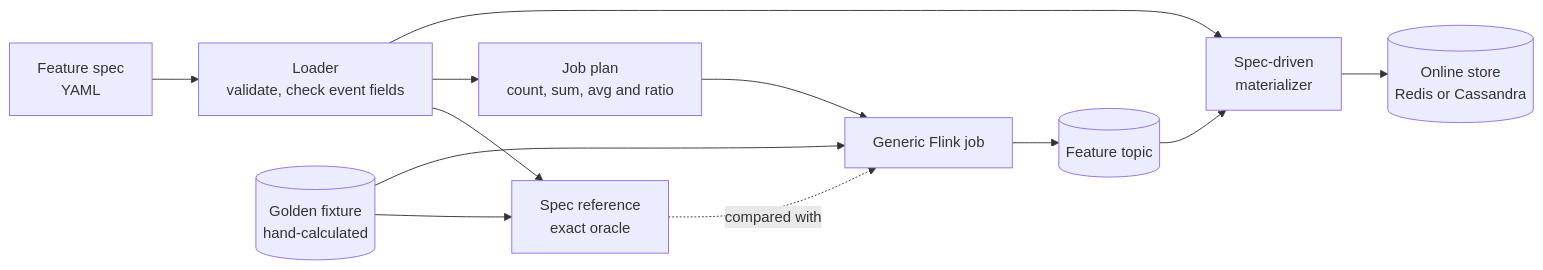
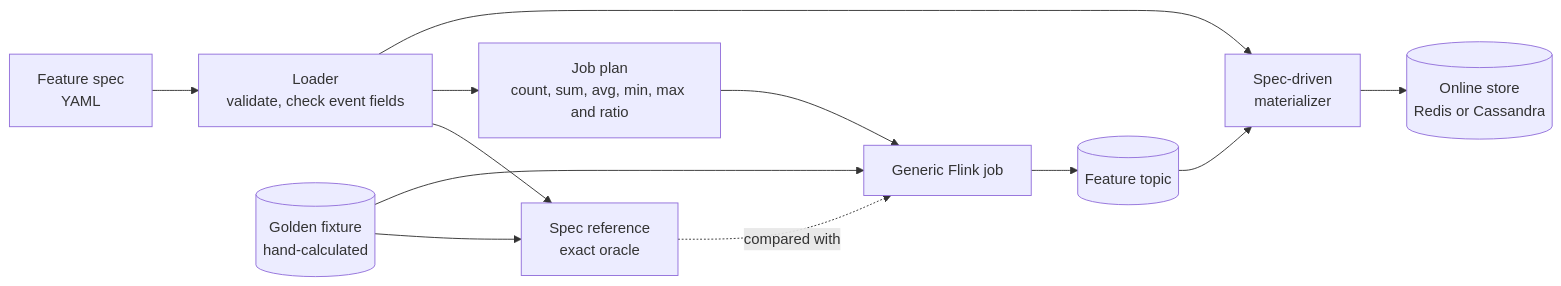
Before and after one commit to oster-dev/featureforge: the sixth of 12 diagrams in ARCHITECTURE.md, drawn with Mermaid. The commit also changed other lines of this file and 9 other files, not shown here.

First line of the commit message:
feat(flink): compute min and max in the generic job (ADR-017) (#144)

````diff
--- a/ARCHITECTURE.md
+++ b/ARCHITECTURE.md
@@ -300,14 +300,14 @@
 ```mermaid
 flowchart LR
     Y[Feature spec<br/>YAML] --> L[Loader<br/>validate, check event fields]
     L --> R[Spec reference<br/>exact oracle]
-    L --> P[Job plan<br/>count, sum, avg and ratio]
+    L --> P[Job plan<br/>count, sum, avg, min, max and ratio]
     P --> G[Generic Flink job]
     G --> T[(Feature topic)]
     T --> MS[Spec-driven<br/>materializer]
     L --> MS
     MS --> RS[(Online store<br/>Redis or Cassandra)]
     FX[(Golden fixture<br/>hand-calculated)] --> R
     FX --> G
     R -.->|compared with| G
 ```
````
